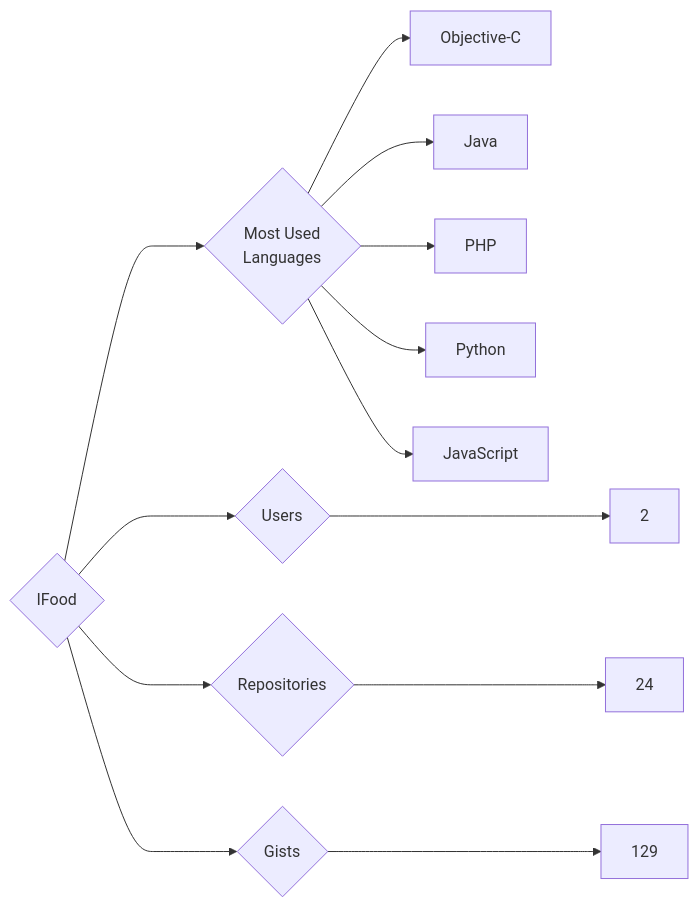
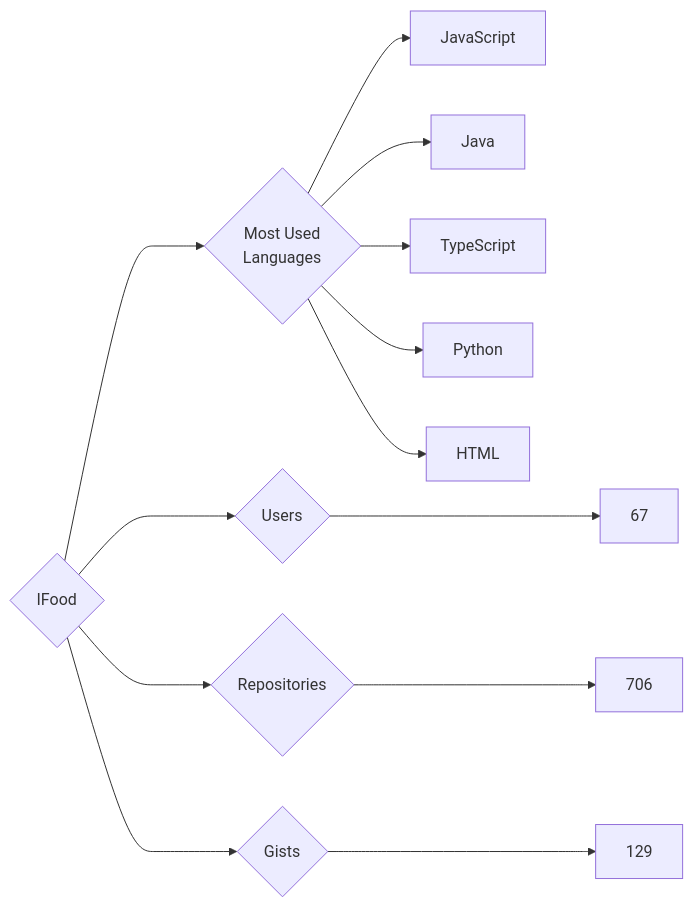
Before and after one commit to trickest/insiders: the diagram in targets/IFood/README.md, drawn with Mermaid. The commit also changed 644 other files, not shown here.

````diff
--- a/targets/IFood/README.md
+++ b/targets/IFood/README.md
@@ -3,13 +3,13 @@
 ```mermaid
 graph LR
 COMPANY_NAME{IFood}
-COMPANY_NAME ---> U{Users} ---> UN[2]
-COMPANY_NAME ---> R{Repositories} ---> RN[24]
+COMPANY_NAME ---> U{Users} ---> UN[67]
+COMPANY_NAME ---> R{Repositories} ---> RN[706]
 COMPANY_NAME ---> G{Gists} ---> GN[129]
 COMPANY_NAME ---> ML{Most Used<br>Languages}
-ML --> Objective-C[Objective-C]
+ML --> JavaScript[JavaScript]
 ML --> Java[Java]
-ML --> PHP[PHP]
+ML --> TypeScript[TypeScript]
 ML --> Python[Python]
-ML --> JavaScript[JavaScript]
+ML --> HTML[HTML]
 ```
````
